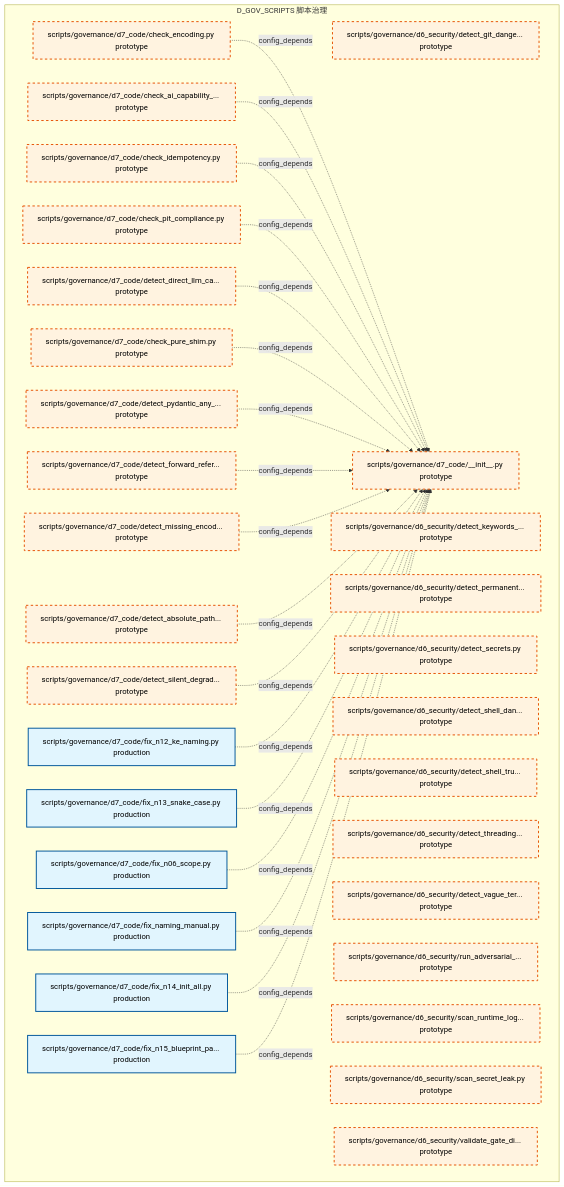
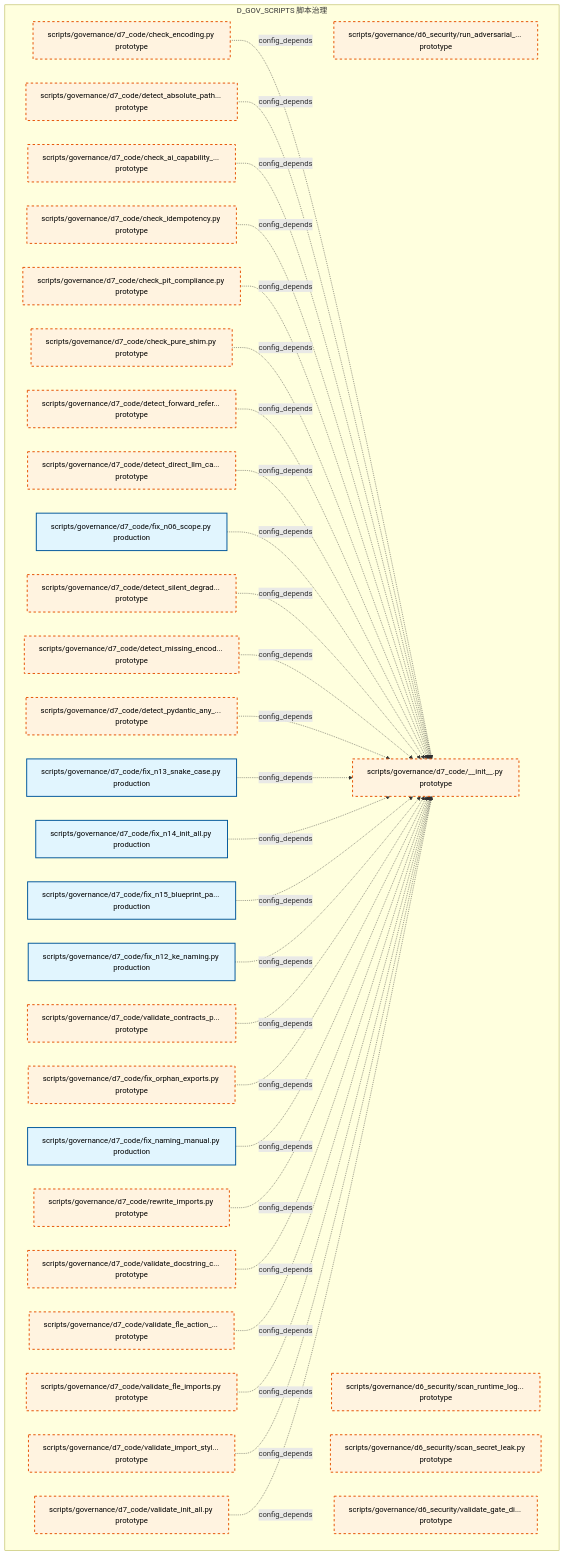
One commit to xuanFelixVan/ZephyrAlpha changed the tenth of 15 diagrams in docs/02_enterprise_architecture/02_domain_architecture_docs/39_d_gov_scripts.md. Above: the diagram before and after it, drawn with Mermaid. The commit also changed other lines of this file and 106 other files, not shown here.

````diff
--- a/docs/02_enterprise_architecture/02_domain_architecture_docs/39_d_gov_scripts.md
+++ b/docs/02_enterprise_architecture/02_domain_architecture_docs/39_d_gov_scripts.md
@@ -568,58 +696,66 @@
 ```mermaid
 graph TD
     subgraph D_GOV_SCRIPTS["D_GOV_SCRIPTS 脚本治理"]
-        scripts_governance_d6_security_detect_git_dangerous_py["scripts/governance/d6_security/detect_git_dange... prototype"]
-        scripts_governance_d6_security_detect_keywords_in_logs_py["scripts/governance/d6_security/detect_keywords_... prototype"]
-        scripts_governance_d6_security_detect_permanent_file_deletion_py["scripts/governance/d6_security/detect_permanent... prototype"]
-        scripts_governance_d6_security_detect_secrets_py["scripts/governance/d6_security/detect_secrets.py prototype"]
-        scripts_governance_d6_security_detect_shell_dangerous_py["scripts/governance/d6_security/detect_shell_dan... prototype"]
-        scripts_governance_d6_security_detect_shell_true_py["scripts/governance/d6_security/detect_shell_tru... prototype"]
-        scripts_governance_d6_security_detect_threading_lock_py["scripts/governance/d6_security/detect_threading... prototype"]
-        scripts_governance_d6_security_detect_vague_terms_py["scripts/governance/d6_security/detect_vague_ter... prototype"]
         scripts_governance_d6_security_run_adversarial_checks_py["scripts/governance/d6_security/run_adversarial_... prototype"]
         scripts_governance_d6_security_scan_runtime_log_secrets_py["scripts/governance/d6_security/scan_runtime_log... prototype"]
         scripts_governance_d6_security_scan_secret_leak_py["scripts/governance/d6_security/scan_secret_leak.py prototype"]
         scripts_governance_d6_security_validate_gate_discipline_py["scripts/governance/d6_security/validate_gate_di... prototype"]
         scripts_governance_d7_code_init_py["scripts/governance/d7_code/__init__.py prototype"]
         scripts_governance_d7_code_check_ai_capability_boundary_py["scripts/governance/d7_code/check_ai_capability_... prototype"]
         scripts_governance_d7_code_check_encoding_py["scripts/governance/d7_code/check_encoding.py prototype"]
         scripts_governance_d7_code_check_idempotency_py["scripts/governance/d7_code/check_idempotency.py prototype"]
         scripts_governance_d7_code_check_pit_compliance_py["scripts/governance/d7_code/check_pit_compliance.py prototype"]
         scripts_governance_d7_code_check_pure_shim_py["scripts/governance/d7_code/check_pure_shim.py prototype"]
         scripts_governance_d7_code_detect_absolute_path_hardcoding_py["scripts/governance/d7_code/detect_absolute_path... prototype"]
         scripts_governance_d7_code_detect_direct_llm_calls_py["scripts/governance/d7_code/detect_direct_llm_ca... prototype"]
         scripts_governance_d7_code_detect_forward_reference_py["scripts/governance/d7_code/detect_forward_refer... prototype"]
         scripts_governance_d7_code_detect_missing_encoding_py["scripts/governance/d7_code/detect_missing_encod... prototype"]
         scripts_governance_d7_code_detect_pydantic_any_fields_py["scripts/governance/d7_code/detect_pydantic_any_... prototype"]
         scripts_governance_d7_code_detect_silent_degradation_py["scripts/governance/d7_code/detect_silent_degrad... prototype"]
         scripts_governance_d7_code_fix_n06_scope_py["scripts/governance/d7_code/fix_n06_scope.py production"]
         scripts_governance_d7_code_fix_n12_ke_naming_py["scripts/governance/d7_code/fix_n12_ke_naming.py production"]
         scripts_governance_d7_code_fix_n13_snake_case_py["scripts/governance/d7_code/fix_n13_snake_case.py production"]
         scripts_governance_d7_code_fix_n14_init_all_py["scripts/governance/d7_code/fix_n14_init_all.py production"]
         scripts_governance_d7_code_fix_n15_blueprint_path_py["scripts/governance/d7_code/fix_n15_blueprint_pa... production"]
         scripts_governance_d7_code_fix_naming_manual_py["scripts/governance/d7_code/fix_naming_manual.py production"]
+        scripts_governance_d7_code_fix_orphan_exports_py["scripts/governance/d7_code/fix_orphan_exports.py prototype"]
+        scripts_governance_d7_code_rewrite_imports_py["scripts/governance/d7_code/rewrite_imports.py prototype"]
+        scripts_governance_d7_code_validate_contracts_purity_py["scripts/governance/d7_code/validate_contracts_p... prototype"]
+        scripts_governance_d7_code_validate_docstring_coverage_py["scripts/governance/d7_code/validate_docstring_c... prototype"]
+        scripts_governance_d7_code_validate_fle_action_metadata_py["scripts/governance/d7_code/validate_fle_action_... prototype"]
+        scripts_governance_d7_code_validate_fle_imports_py["scripts/governance/d7_code/validate_fle_imports.py prototype"]
+        scripts_governance_d7_code_validate_import_style_py["scripts/governance/d7_code/validate_import_styl... prototype"]
+        scripts_governance_d7_code_validate_init_all_py["scripts/governance/d7_code/validate_init_all.py prototype"]
     end
     scripts_governance_d7_code_check_encoding_py -.->|config_depends| scripts_governance_d7_code_init_py
+    scripts_governance_d7_code_detect_absolute_path_hardcoding_py -.->|config_depends| scripts_governance_d7_code_init_py
     scripts_governance_d7_code_check_ai_capability_boundary_py -.->|config_depends| scripts_governance_d7_code_init_py
     scripts_governance_d7_code_check_idempotency_py -.->|config_depends| scripts_governance_d7_code_init_py
     scripts_governance_d7_code_check_pit_compliance_py -.->|config_depends| scripts_governance_d7_code_init_py
+    scripts_governance_d7_code_check_pure_shim_py -.->|config_depends| scripts_governance_d7_code_init_py
+    scripts_governance_d7_code_detect_forward_reference_py -.->|config_depends| scripts_governance_d7_code_init_py
     scripts_governance_d7_code_detect_direct_llm_calls_py -.->|config_depends| scripts_governance_d7_code_init_py
-    scripts_governance_d7_code_check_pure_shim_py -.->|config_depends| scripts_governance_d7_code_init_py
+    scripts_governance_d7_code_fix_n06_scope_py -.->|config_depends| scripts_governance_d7_code_init_py
+    scripts_governance_d7_code_detect_silent_degradation_py -.->|config_depends| scripts_governance_d7_code_init_py
+    scripts_governance_d7_code_detect_missing_encoding_py -.->|config_depends| scripts_governance_d7_code_init_py
     scripts_governance_d7_code_detect_pydantic_any_fields_py -.->|config_depends| scripts_governance_d7_code_init_py
-    scripts_governance_d7_code_detect_forward_reference_py -.->|config_depends| scripts_governance_d7_code_init_py
-    scripts_governance_d7_code_detect_missing_encoding_py -.->|config_depends| scripts_governance_d7_code_init_py
-    scripts_governance_d7_code_detect_absolute_path_hardcoding_py -.->|config_depends| scripts_governance_d7_code_init_py
-    scripts_governance_d7_code_detect_silent_degradation_py -.->|config_depends| scripts_governance_d7_code_init_py
-    scripts_governance_d7_code_fix_n12_ke_naming_py -.->|config_depends| scripts_governance_d7_code_init_py
     scripts_governance_d7_code_fix_n13_snake_case_py -.->|config_depends| scripts_governance_d7_code_init_py
-    scripts_governance_d7_code_fix_n06_scope_py -.->|config_depends| scripts_governance_d7_code_init_py
-    scripts_governance_d7_code_fix_naming_manual_py -.->|config_depends| scripts_governance_d7_code_init_py
     scripts_governance_d7_code_fix_n14_init_all_py -.->|config_depends| scripts_governance_d7_code_init_py
     scripts_governance_d7_code_fix_n15_blueprint_path_py -.->|config_depends| scripts_governance_d7_code_init_py
+    scripts_governance_d7_code_fix_n12_ke_naming_py -.->|config_depends| scripts_governance_d7_code_init_py
+    scripts_governance_d7_code_validate_contracts_purity_py -.->|config_depends| scripts_governance_d7_code_init_py
+    scripts_governance_d7_code_fix_orphan_exports_py -.->|config_depends| scripts_governance_d7_code_init_py
+    scripts_governance_d7_code_fix_naming_manual_py -.->|config_depends| scripts_governance_d7_code_init_py
+    scripts_governance_d7_code_rewrite_imports_py -.->|config_depends| scripts_governance_d7_code_init_py
+    scripts_governance_d7_code_validate_docstring_coverage_py -.->|config_depends| scripts_governance_d7_code_init_py
+    scripts_governance_d7_code_validate_fle_action_metadata_py -.->|config_depends| scripts_governance_d7_code_init_py
+    scripts_governance_d7_code_validate_fle_imports_py -.->|config_depends| scripts_governance_d7_code_init_py
+    scripts_governance_d7_code_validate_import_style_py -.->|config_depends| scripts_governance_d7_code_init_py
+    scripts_governance_d7_code_validate_init_all_py -.->|config_depends| scripts_governance_d7_code_init_py
     classDef production fill:#e1f5fe,stroke:#01579b,stroke-width:2px,color:#000
     classDef design fill:#fff3e0,stroke:#e65100,stroke-width:2px,color:#000,stroke-dasharray: 5 5
     classDef external_prod fill:#e8f5e9,stroke:#1b5e20,stroke-width:1px,color:#000
     classDef external_design fill:#fce4ec,stroke:#880e4f,stroke-width:1px,color:#000,stroke-dasharray: 5 5
     class scripts_governance_d7_code_fix_n06_scope_py,scripts_governance_d7_code_fix_n12_ke_naming_py,scripts_governance_d7_code_fix_n13_snake_case_py,scripts_governance_d7_code_fix_n14_init_all_py,scripts_governance_d7_code_fix_n15_blueprint_path_py,scripts_governance_d7_code_fix_naming_manual_py production
-    class scripts_governance_d6_security_detect_git_dangerous_py,scripts_governance_d6_security_detect_keywords_in_logs_py,scripts_governance_d6_security_detect_permanent_file_deletion_py,scripts_governance_d6_security_detect_secrets_py,scripts_governance_d6_security_detect_shell_dangerous_py,scripts_governance_d6_security_detect_shell_true_py,scripts_governance_d6_security_detect_threading_lock_py,scripts_governance_d6_security_detect_vague_terms_py,scripts_governance_d6_security_run_adversarial_checks_py,scripts_governance_d6_security_scan_runtime_log_secrets_py,scripts_governance_d6_security_scan_secret_leak_py,scripts_governance_d6_security_validate_gate_discipline_py,scripts_governance_d7_code_init_py,scripts_governance_d7_code_check_ai_capability_boundary_py,scripts_governance_d7_code_check_encoding_py,scripts_governance_d7_code_check_idempotency_py,scripts_governance_d7_code_check_pit_compliance_py,scripts_governance_d7_code_check_pure_shim_py,scripts_governance_d7_code_detect_absolute_path_hardcoding_py,scripts_governance_d7_code_detect_direct_llm_calls_py,scripts_governance_d7_code_detect_forward_reference_py,scripts_governance_d7_code_detect_missing_encoding_py,scripts_governance_d7_code_detect_pydantic_any_fields_py,scripts_governance_d7_code_detect_silent_degradation_py design
+    class scripts_governance_d6_security_run_adversarial_checks_py,scripts_governance_d6_security_scan_runtime_log_secrets_py,scripts_governance_d6_security_scan_secret_leak_py,scripts_governance_d6_security_validate_gate_discipline_py,scripts_governance_d7_code_init_py,scripts_governance_d7_code_check_ai_capability_boundary_py,scripts_governance_d7_code_check_encoding_py,scripts_governance_d7_code_check_idempotency_py,scripts_governance_d7_code_check_pit_compliance_py,scripts_governance_d7_code_check_pure_shim_py,scripts_governance_d7_code_detect_absolute_path_hardcoding_py,scripts_governance_d7_code_detect_direct_llm_calls_py,scripts_governance_d7_code_detect_forward_reference_py,scripts_governance_d7_code_detect_missing_encoding_py,scripts_governance_d7_code_detect_pydantic_any_fields_py,scripts_governance_d7_code_detect_silent_degradation_py,scripts_governance_d7_code_fix_orphan_exports_py,scripts_governance_d7_code_rewrite_imports_py,scripts_governance_d7_code_validate_contracts_purity_py,scripts_governance_d7_code_validate_docstring_coverage_py,scripts_governance_d7_code_validate_fle_action_metadata_py,scripts_governance_d7_code_validate_fle_imports_py,scripts_governance_d7_code_validate_import_style_py,scripts_governance_d7_code_validate_init_all_py design
 ```
````
